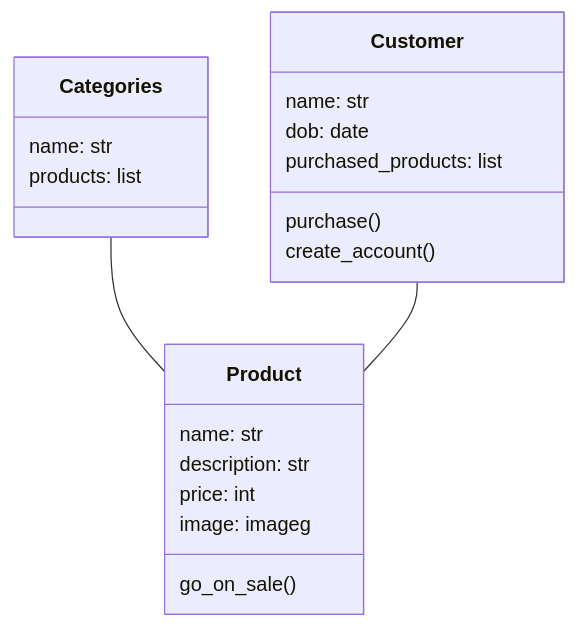
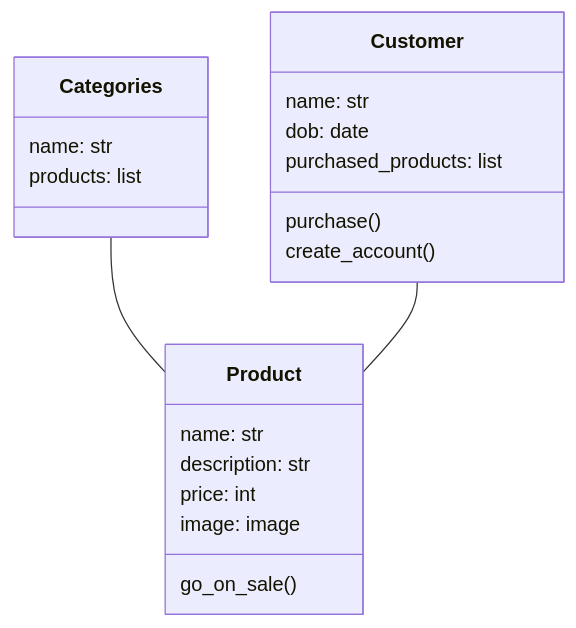
Before and after one commit to kelsiesmurphy/codeclan_homework: the first of 2 diagrams in week_02/day_02/pda_homework/class_diagram_hw.md, drawn with Mermaid. The commit also changed other lines of this file and 6 other files, not shown here.

````diff
--- a/week_02/day_02/pda_homework/class_diagram_hw.md
+++ b/week_02/day_02/pda_homework/class_diagram_hw.md
@@ -6,27 +6,27 @@
 ```mermaid
 classDiagram
 
 class Categories {
     name: str
     products: list
 }
 
 class Product {
     name: str
     description: str
     price: int
-    image: imageg
+    image: image
     go_on_sale()
 }
 
 class Customer {
     name: str
     dob: date
     purchased_products: list
     purchase()
     create_account()
 }
 
 Categories -- Product
 Customer -- Product
 ```
````
